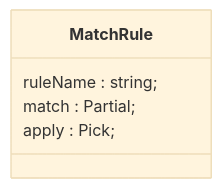
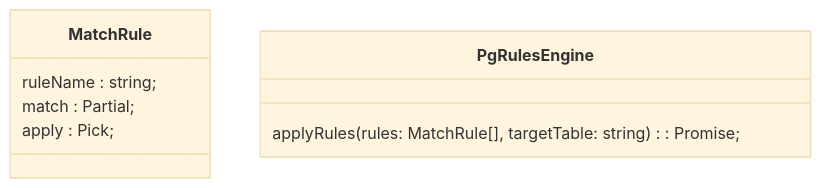
The diagram in README.md (rimvydasb/pg-rules), drawn with Mermaid (base theme) before and after one commit. The commit also changed 6 other files, not shown here.

````diff
--- a/README.md
+++ b/README.md
@@ -13,8 +13,12 @@
 ```mermaid
 classDiagram
     class MatchRule {
         ruleName : string;
         match : Partial<T>;
         apply : Pick<T>;
     }
+    
+    class PgRulesEngine {
+        applyRules(rules: MatchRule<T>[], targetTable: string): Promise<integer>;
+    }
 ```
````
